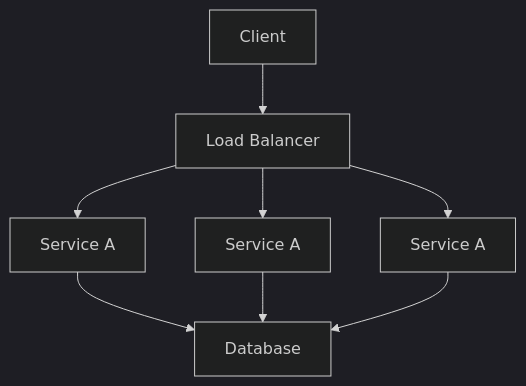
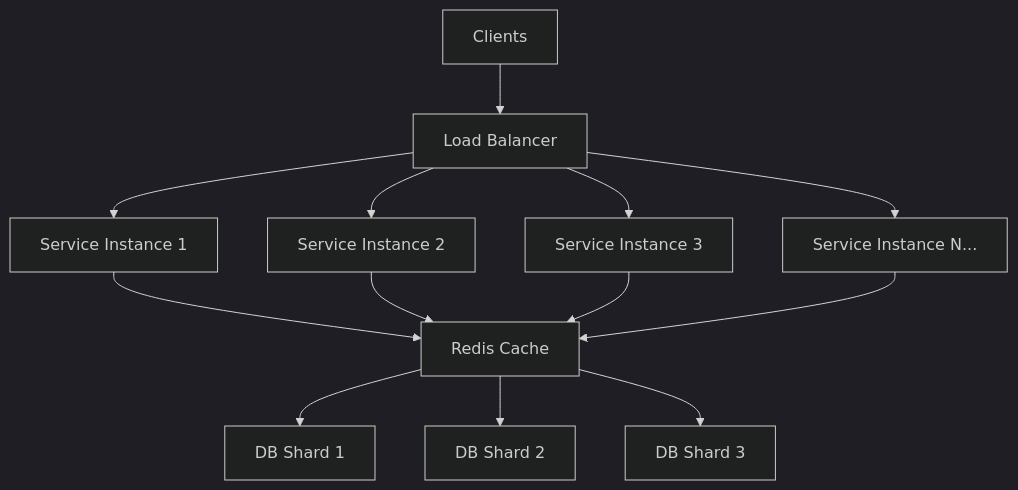
One commit to akshay-k-r/Interview-Prep-Resource changed the first of 2 diagrams in src/pages/02-hld/fundamentals/scalability/index.mdx. Above: the diagram before and after it, drawn with Mermaid (dark theme). The commit also changed other lines of this file and 179 other files, not shown here.

````diff
--- a/src/pages/02-hld/fundamentals/scalability/index.mdx
+++ b/src/pages/02-hld/fundamentals/scalability/index.mdx
@@ -28,10 +44,19 @@
 ```mermaid
 flowchart TB
-    Client --> LB[Load Balancer]
-    LB --> S1[Service A]
-    LB --> S2[Service A]
-    LB --> S3[Service A]
-    S1 --> DB[Database]
-    S2 --> DB
-    S3 --> DB
+    Client["Clients"]
+    Client --> LB["Load Balancer"]
+
+    LB --> S1["Service Instance 1"]
+    LB --> S2["Service Instance 2"]
+    LB --> S3["Service Instance 3"]
+    LB --> S4["Service Instance N..."]
+
+    S1 --> Cache["Redis Cache"]
+    S2 --> Cache
+    S3 --> Cache
+    S4 --> Cache
+
+    Cache --> DB1["DB Shard 1"]
+    Cache --> DB2["DB Shard 2"]
+    Cache --> DB3["DB Shard 3"]
 ```
````
